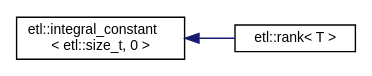
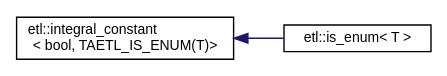
The diagram in inherit_graph_28.dot (tobanteAudio/taetl), drawn with Graphviz before and after one commit. The commit also changed 117 other files, not shown here.

```diff
--- a/inherit_graph_28.dot
+++ b/inherit_graph_28.dot
@@ -1,9 +1,9 @@
 digraph "Graphical Class Hierarchy"
 {
   edge [fontname="Helvetica",fontsize="10",labelfontname="Helvetica",labelfontsize="10"];
   node [fontname="Helvetica",fontsize="10",shape=record];
   rankdir="LR";
-  Node0 [label="etl::integral_constant\l\< etl::size_t, 0 \>",height=0.2,width=0.4,color="black", fillcolor="white", style="filled",URL="$structetl_1_1integral__constant.html"];
+  Node0 [label="etl::integral_constant\l\< bool, TAETL_IS_ENUM(T)\>",height=0.2,width=0.4,color="black", fillcolor="white", style="filled",URL="$structetl_1_1integral__constant.html"];
   Node0 -> Node1 [dir="back",color="midnightblue",fontsize="10",style="solid",fontname="Helvetica"];
-  Node1 [label="etl::rank\< T \>",height=0.2,width=0.4,color="black", fillcolor="white", style="filled",URL="$structetl_1_1rank.html",tooltip="If Type is an array type, provides the member constant value equal to the number of dimensions of the..."];
+  Node1 [label="etl::is_enum\< T \>",height=0.2,width=0.4,color="black", fillcolor="white", style="filled",URL="$structetl_1_1is__enum.html"];
 }
```
